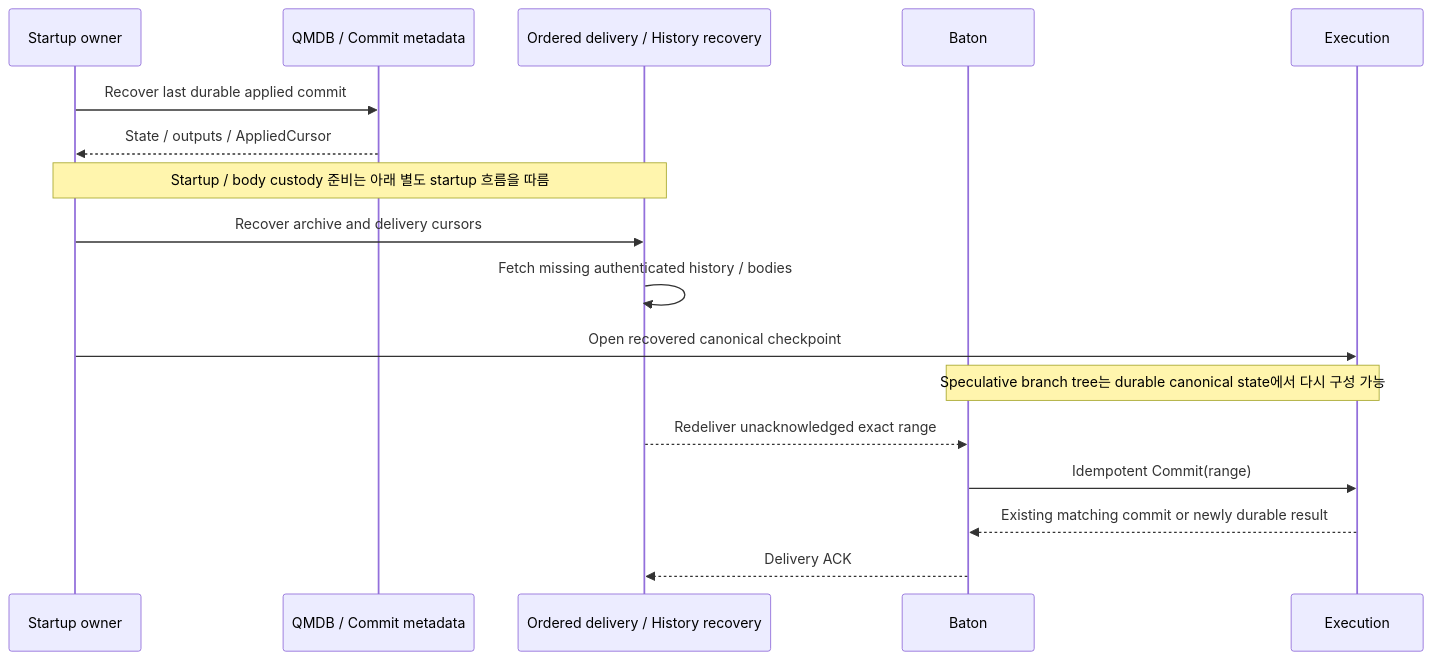
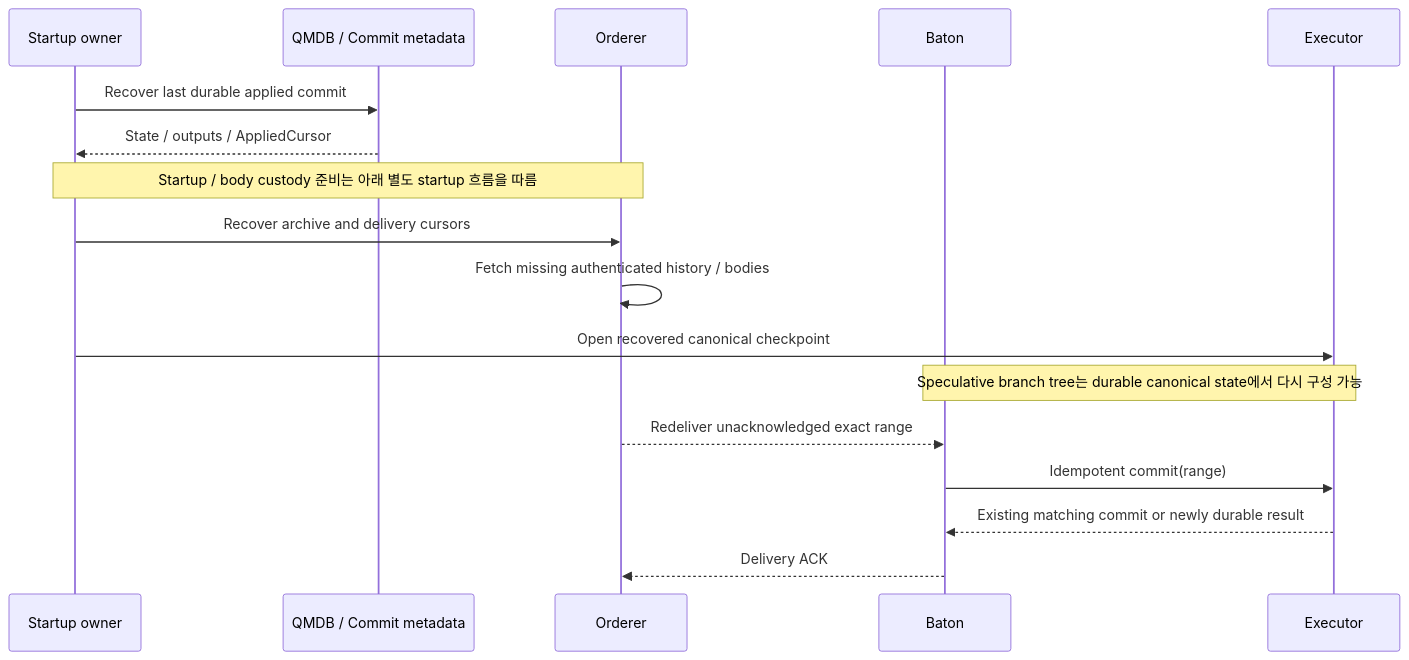
Before and after one commit to djm07073/baton-research: the tenth of 18 diagrams in IMPLEMENTATION_SPEC.md, drawn with Mermaid. The commit also changed other lines of this file and 51 other files, not shown here.

````diff
--- a/IMPLEMENTATION_SPEC.md
+++ b/IMPLEMENTATION_SPEC.md
@@ -479,19 +513,19 @@
 ```mermaid
 sequenceDiagram
     participant S as Startup owner
     participant Q as QMDB / Commit metadata
-    participant M as Ordered delivery / History recovery
+    participant M as Orderer
     participant B as Baton
-    participant E as Execution
+    participant E as Executor
     S->>Q: Recover last durable applied commit
     Q-->>S: State / outputs / AppliedCursor
     Note over S,M: Startup / body custody 준비는 아래 별도 startup 흐름을 따름
     S->>M: Recover archive and delivery cursors
     M->>M: Fetch missing authenticated history / bodies
     S->>E: Open recovered canonical checkpoint
     Note over B,E: Speculative branch tree는 durable canonical state에서 다시 구성 가능
     M-->>B: Redeliver unacknowledged exact range
-    B->>E: Idempotent Commit(range)
+    B->>E: Idempotent commit(range)
     E-->>B: Existing matching commit or newly durable result
     B-->>M: Delivery ACK
 ```
````
